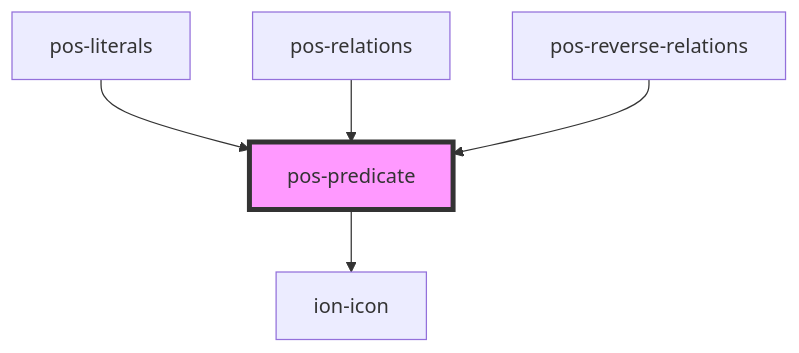
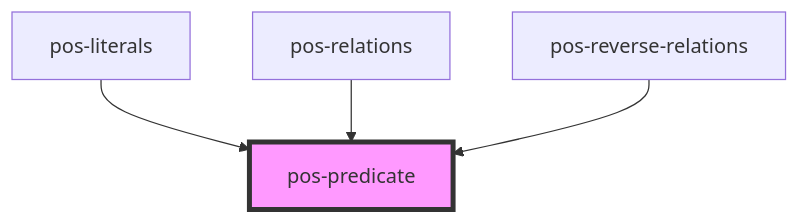
The diagram in docs/elements/components/pos-predicate/readme.md (pod-os/PodOS), drawn with Mermaid before and after one commit. The commit also changed other lines of this file and 31 other files, not shown here.

````diff
--- a/docs/elements/components/pos-predicate/readme.md
+++ b/docs/elements/components/pos-predicate/readme.md
@@ -34,8 +30,7 @@
 ```mermaid
 graph TD;
-  pos-predicate --> ion-icon
   pos-literals --> pos-predicate
   pos-relations --> pos-predicate
   pos-reverse-relations --> pos-predicate
   style pos-predicate fill:#f9f,stroke:#333,stroke-width:4px
 ```
````
